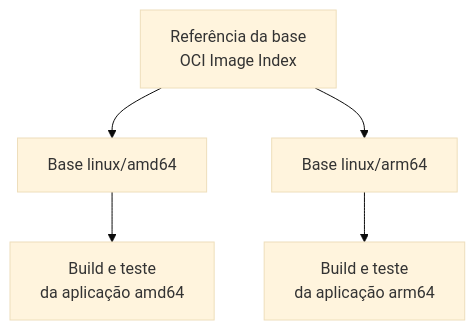
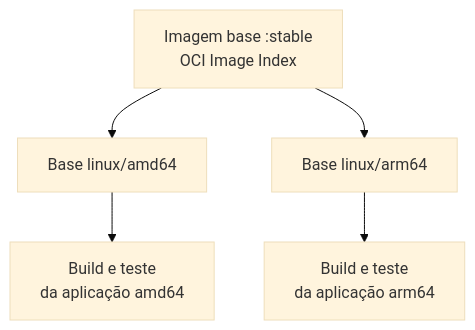
Before and after one commit to alric-corp/alric-containers-image-base: the fourth of 4 diagrams in consumer-guide.md, drawn with Mermaid (base theme). The commit also changed other lines of this file, not shown here.

````diff
--- a/consumer-guide.md
+++ b/consumer-guide.md
@@ -546,7 +551,7 @@
 ```mermaid
 flowchart TD
-    BASE["Referência da base<br/>OCI Image Index"] --> AMD["Base linux/amd64"]
+    BASE["Imagem base :stable<br/>OCI Image Index"] --> AMD["Base linux/amd64"]
     BASE --> ARM["Base linux/arm64"]
     AMD --> A1["Build e teste<br/>da aplicação amd64"]
     ARM --> A2["Build e teste<br/>da aplicação arm64"]
 ```
````
